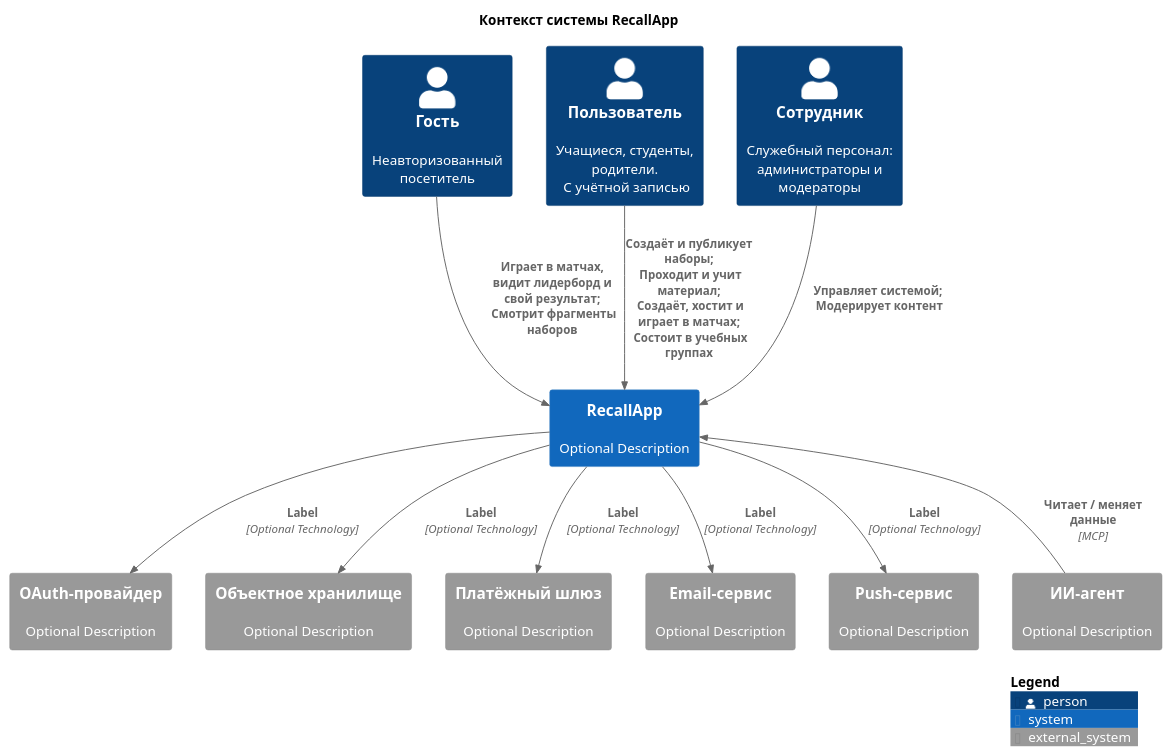
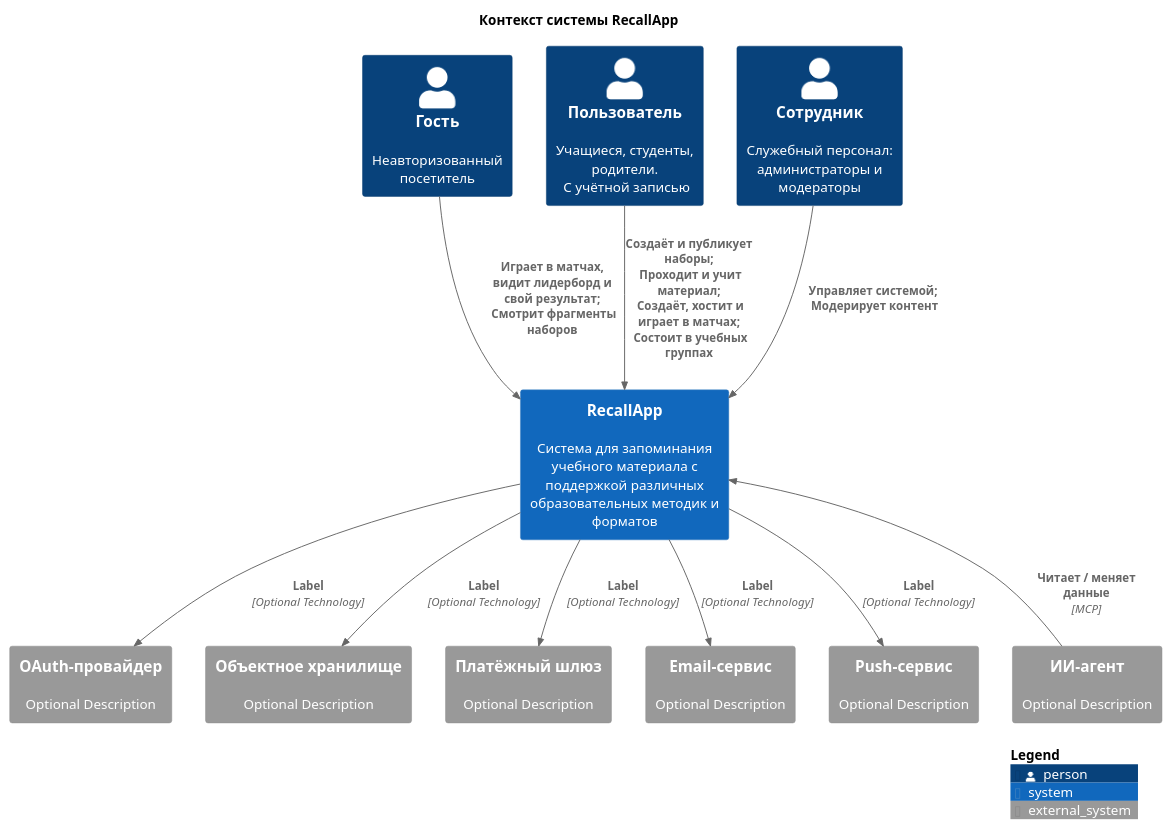
The diagram in RecallApp/docs/diagrams/c4 - context.puml (itacademy-edms-team/24_3_DNDE), drawn with PlantUML before and after one commit.

Commit message:
docs: add system description

```diff
--- a/RecallApp/docs/diagrams/c4 - context.puml
+++ b/RecallApp/docs/diagrams/c4 - context.puml
@@ -1,33 +1,33 @@
 @startuml C4 - Context - RecallApp
 title Контекст системы RecallApp
 top to bottom direction
 
 !include <C4/C4_Context>
 
 Person(personGuest, "Гость", "Неавторизованный посетитель")
 Person(personUser, "Пользователь", "Учащиеся, студенты, родители. \n С учётной записью")
 Person(personStaff, "Сотрудник", "Служебный персонал: администраторы и модераторы")
 
-System(systemRecallApp, "RecallApp", "Optional Description")
+System(systemRecallApp, "RecallApp", "Система для запоминания учебного материала с поддержкой различных образовательных методик и форматов")
 
 System_Ext(extSystemAuth, "OAuth-провайдер", "Optional Description")
 System_Ext(extSystemObjectStorage, "Объектное хранилище", "Optional Description")
 System_Ext(extSystemPaymentGateway, "Платёжный шлюз", "Optional Description")
 System_Ext(extSystemEmail, "Email-сервис", "Optional Description")
 System_Ext(extSystemPush, "Push-сервис", "Optional Description")
 System_Ext(extSystemAiAgent, "ИИ-агент", "Optional Description")
 
 Rel(personGuest, systemRecallApp, "Играет в матчах, видит лидерборд и свой результат; \n Смотрит фрагменты наборов")
 Rel(personUser, systemRecallApp, "Создаёт и публикует наборы; \n Проходит и учит материал; \n Создаёт, хостит и играет в матчах; \n Состоит в учебных группах")
 Rel(personStaff, systemRecallApp, "Управляет системой; \n Модерирует контент")
 
 Rel(systemRecallApp, extSystemAuth, "Label", "Optional Technology")
 Rel(systemRecallApp, extSystemObjectStorage, "Label", "Optional Technology")
 Rel(systemRecallApp, extSystemPaymentGateway, "Label", "Optional Technology")
 Rel(systemRecallApp, extSystemEmail, "Label", "Optional Technology")
 Rel(systemRecallApp, extSystemPush, "Label", "Optional Technology")
 Rel_U(extSystemAiAgent, systemRecallApp, "Читает / меняет данные", "MCP")
 
 SHOW_LEGEND()
 
 @enduml
```
